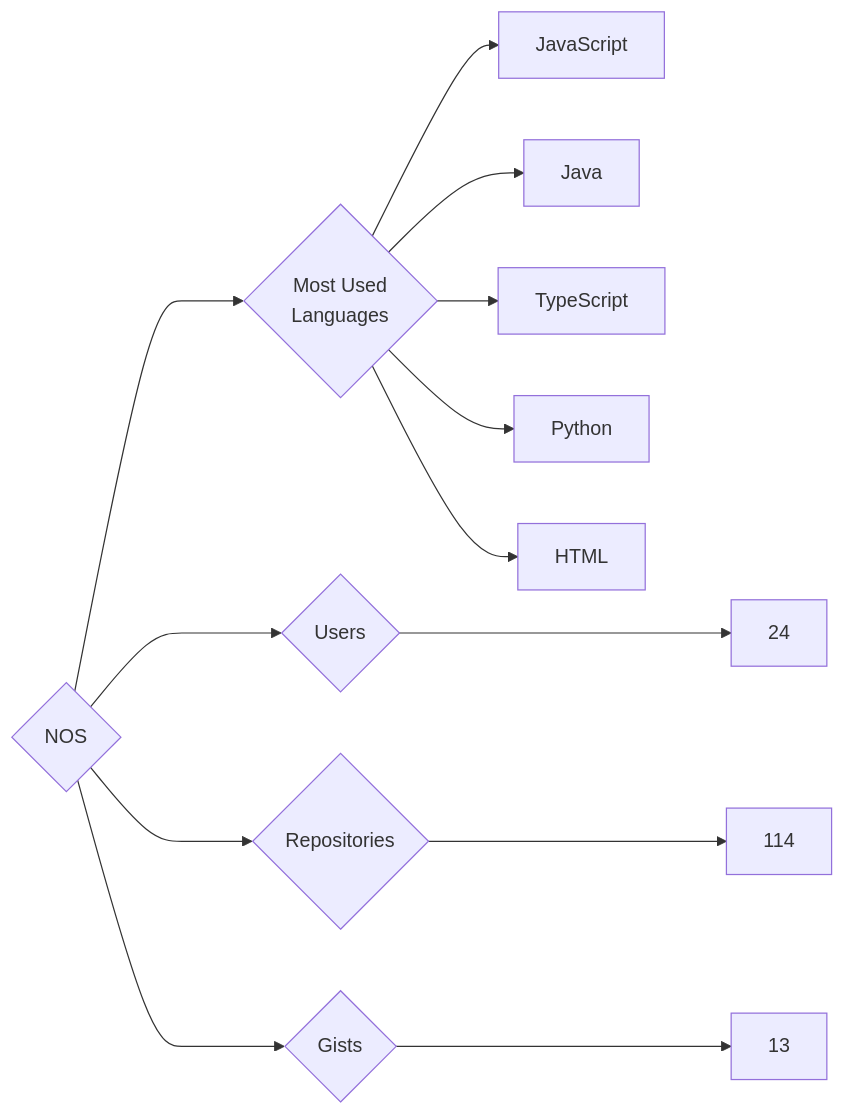
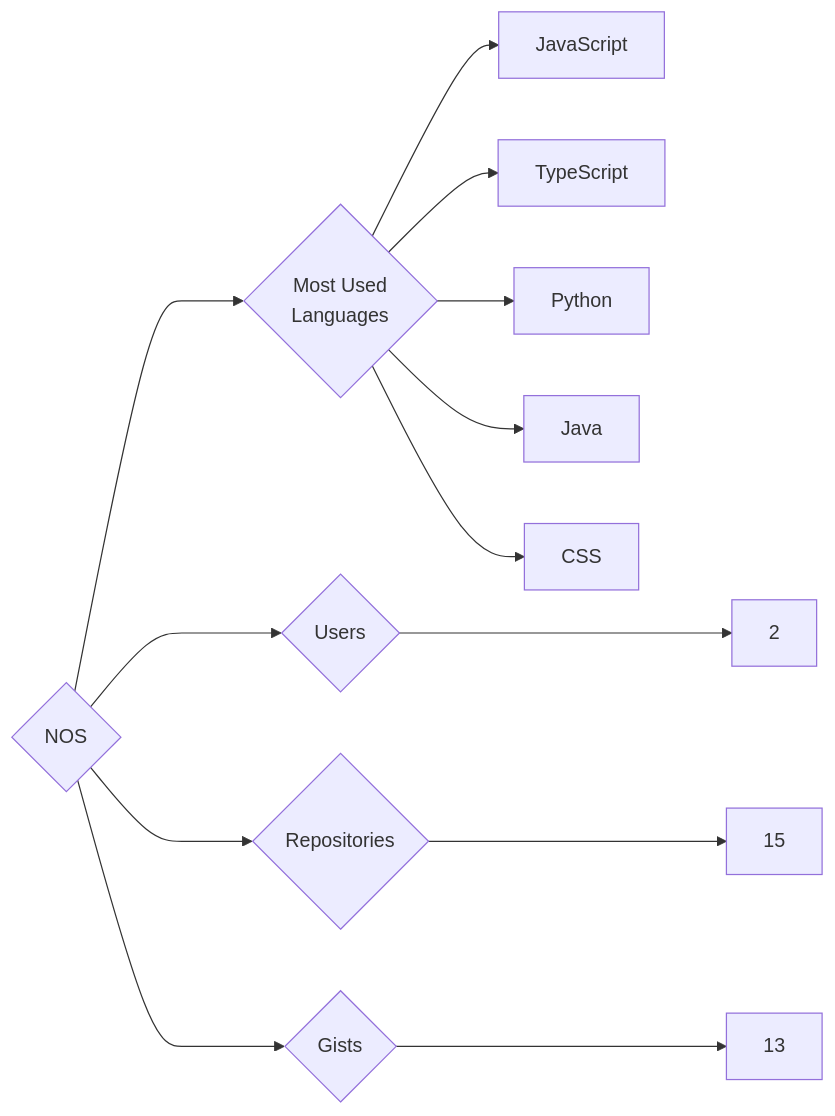
The diagram in targets/NOS/README.md (trickest/insiders), drawn with Mermaid before and after one commit. The commit also changed 953 other files, not shown here.

````diff
--- a/targets/NOS/README.md
+++ b/targets/NOS/README.md
@@ -3,13 +3,13 @@
 ```mermaid
 graph LR
 COMPANY_NAME{NOS}
-COMPANY_NAME ---> U{Users} ---> UN[24]
-COMPANY_NAME ---> R{Repositories} ---> RN[114]
+COMPANY_NAME ---> U{Users} ---> UN[2]
+COMPANY_NAME ---> R{Repositories} ---> RN[15]
 COMPANY_NAME ---> G{Gists} ---> GN[13]
 COMPANY_NAME ---> ML{Most Used<br>Languages}
 ML --> JavaScript[JavaScript]
-ML --> Java[Java]
 ML --> TypeScript[TypeScript]
 ML --> Python[Python]
-ML --> HTML[HTML]
+ML --> Java[Java]
+ML --> CSS[CSS]
 ```
````
